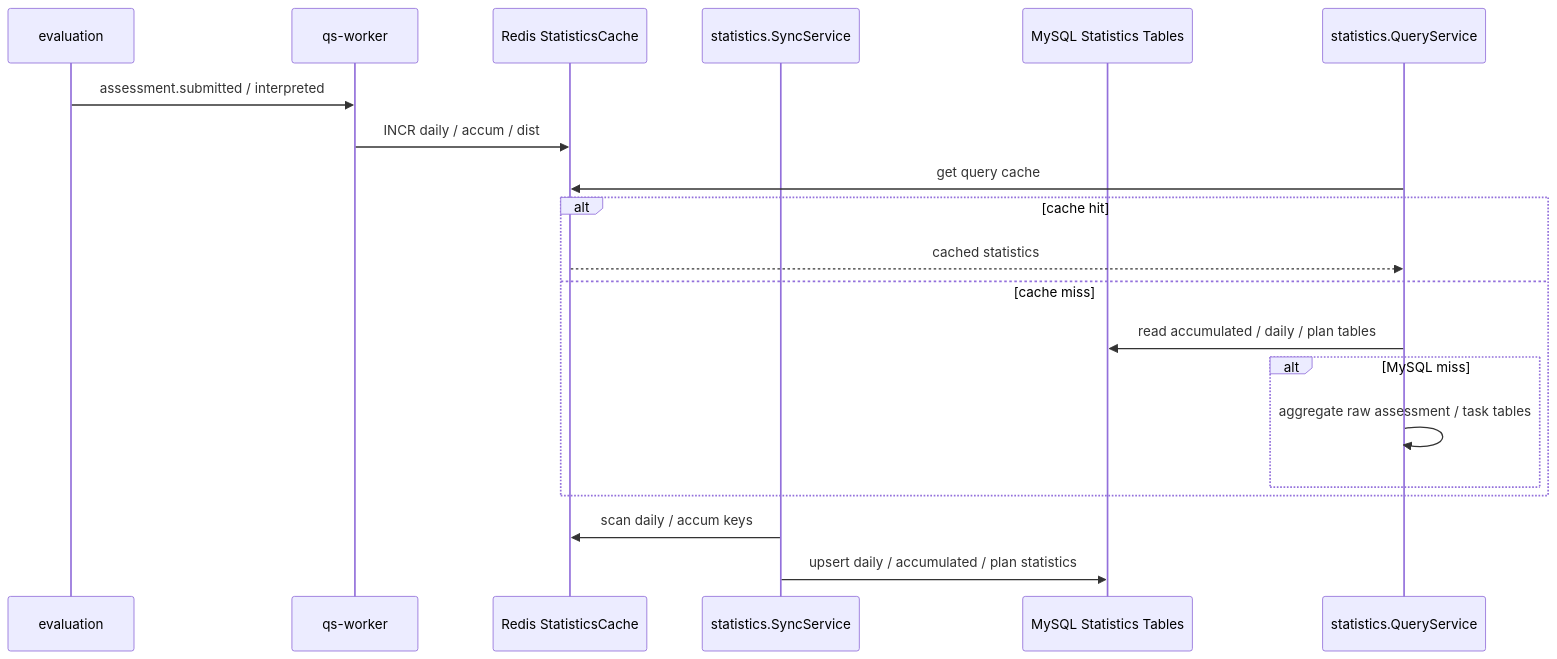
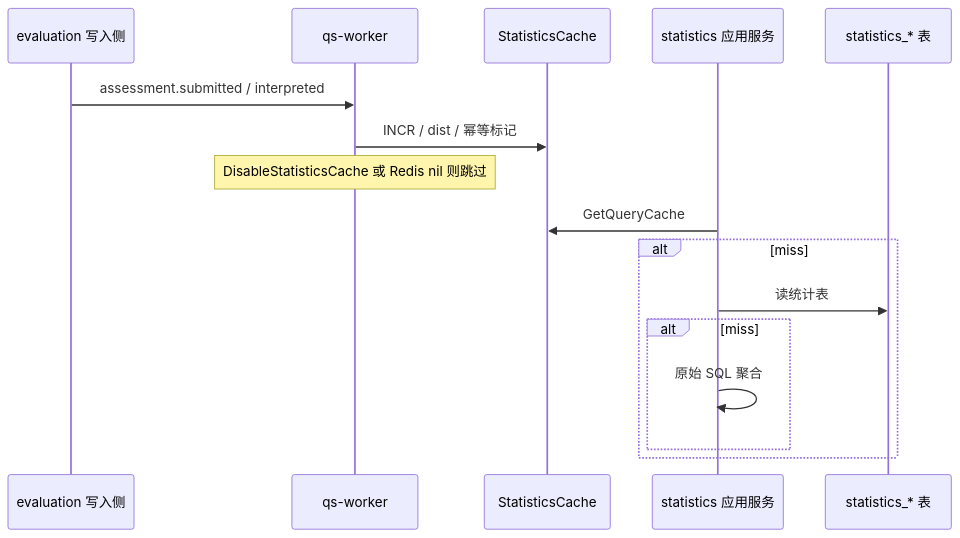
One commit to FangcunMount/qs-server changed the fifth of 5 diagrams in docs/02-业务模块/06-statistics.md. Above: the diagram before and after it, drawn with Mermaid. The commit also changed other lines of this file and 34 other files, not shown here.

````diff
--- a/docs/02-业务模块/06-statistics.md
+++ b/docs/02-业务模块/06-statistics.md
@@ -223,23 +349,19 @@
 ```mermaid
 sequenceDiagram
-    participant Eval as evaluation
+    participant Eval as evaluation 写入侧
     participant Worker as qs-worker
-    participant Redis as Redis StatisticsCache
-    participant Sync as statistics.SyncService
-    participant MySQL as MySQL Statistics Tables
-    participant Query as statistics.QueryService
+    participant Redis as StatisticsCache
+    participant API as statistics 应用服务
+    participant MySQL as statistics_* 表
 
     Eval->>Worker: assessment.submitted / interpreted
-    Worker->>Redis: INCR daily / accum / dist
-    Query->>Redis: get query cache
-    alt cache hit
-        Redis-->>Query: cached statistics
-    else cache miss
-        Query->>MySQL: read accumulated / daily / plan tables
-        alt MySQL miss
-            Query->>Query: aggregate raw assessment / task tables
+    Worker->>Redis: INCR / dist / 幂等标记
+    Note over Worker: DisableStatisticsCache 或 Redis nil 则跳过
+    API->>Redis: GetQueryCache
+    alt miss
+        API->>MySQL: 读统计表
+        alt miss
+            API->>API: 原始 SQL 聚合
         end
     end
-    Sync->>Redis: scan daily / accum keys
-    Sync->>MySQL: upsert daily / accumulated / plan statistics
 ```
````
